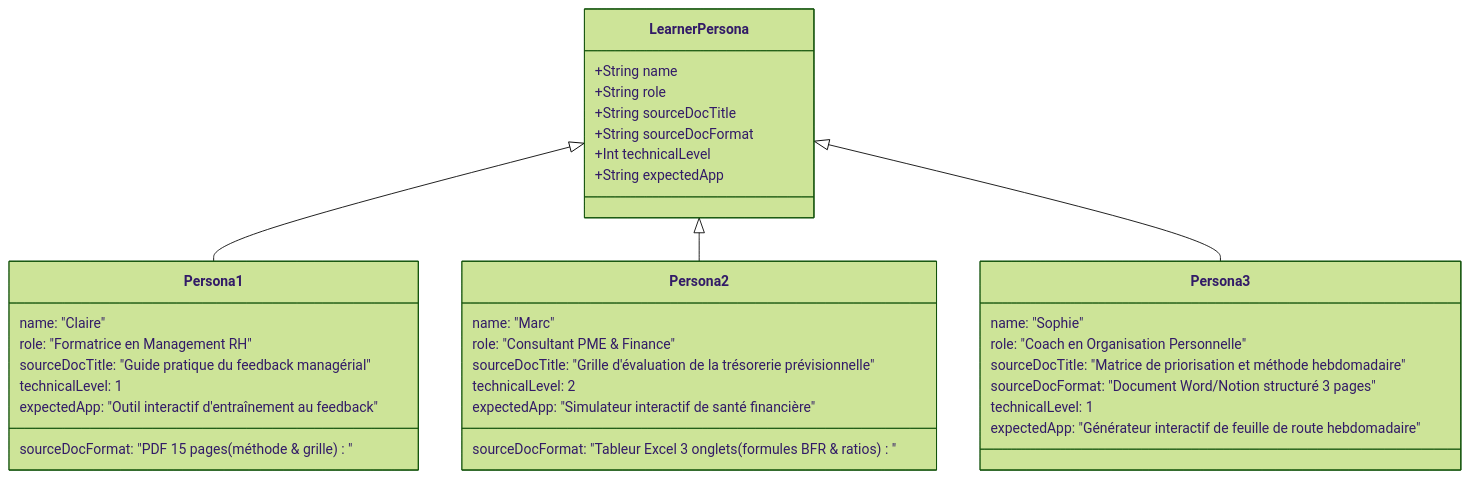
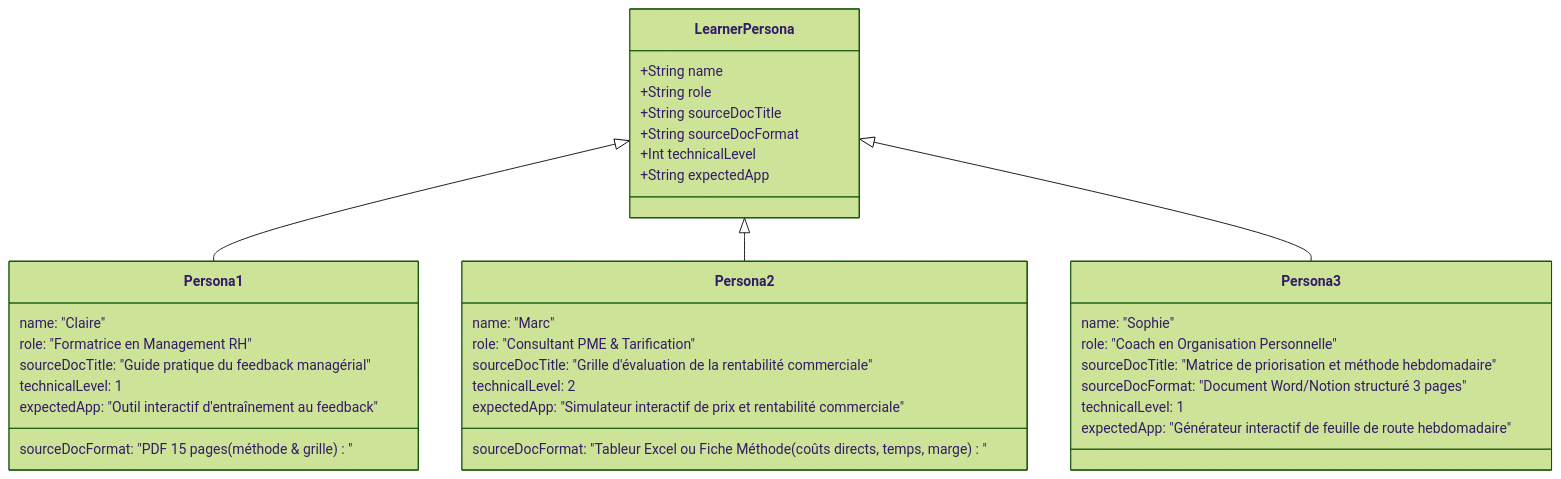
One commit to Kreesten-hsh/AI_CREATOR_STUDIO changed the ninth of 11 diagrams in docs/COURSE_PRD.md. Above: the diagram before and after it, drawn with Mermaid (forest theme). The commit also changed other lines of this file and 29 other files, not shown here.

````diff
--- a/docs/COURSE_PRD.md
+++ b/docs/COURSE_PRD.md
@@ -948,38 +960,38 @@
 ```mermaid
 classDiagram
     class LearnerPersona {
         +String name
         +String role
         +String sourceDocTitle
         +String sourceDocFormat
         +Int technicalLevel
         +String expectedApp
     }
     class Persona1 {
         name: "Claire"
         role: "Formatrice en Management RH"
         sourceDocTitle: "Guide pratique du feedback managérial"
         sourceDocFormat: "PDF 15 pages (méthode & grille)"
         technicalLevel: 1
         expectedApp: "Outil interactif d'entraînement au feedback"
     }
     class Persona2 {
         name: "Marc"
-        role: "Consultant PME & Finance"
-        sourceDocTitle: "Grille d'évaluation de la trésorerie prévisionnelle"
-        sourceDocFormat: "Tableur Excel 3 onglets (formules BFR & ratios)"
+        role: "Consultant PME & Tarification"
+        sourceDocTitle: "Grille d'évaluation de la rentabilité commerciale"
+        sourceDocFormat: "Tableur Excel ou Fiche Méthode (coûts directs, temps, marge)"
         technicalLevel: 2
-        expectedApp: "Simulateur interactif de santé financière"
+        expectedApp: "Simulateur interactif de prix et rentabilité commerciale"
     }
     class Persona3 {
         name: "Sophie"
         role: "Coach en Organisation Personnelle"
         sourceDocTitle: "Matrice de priorisation et méthode hebdomadaire"
         sourceDocFormat: "Document Word/Notion structuré 3 pages"
         technicalLevel: 1
         expectedApp: "Générateur interactif de feuille de route hebdomadaire"
     }
     LearnerPersona <|-- Persona1
     LearnerPersona <|-- Persona2
     LearnerPersona <|-- Persona3
 ```
````
